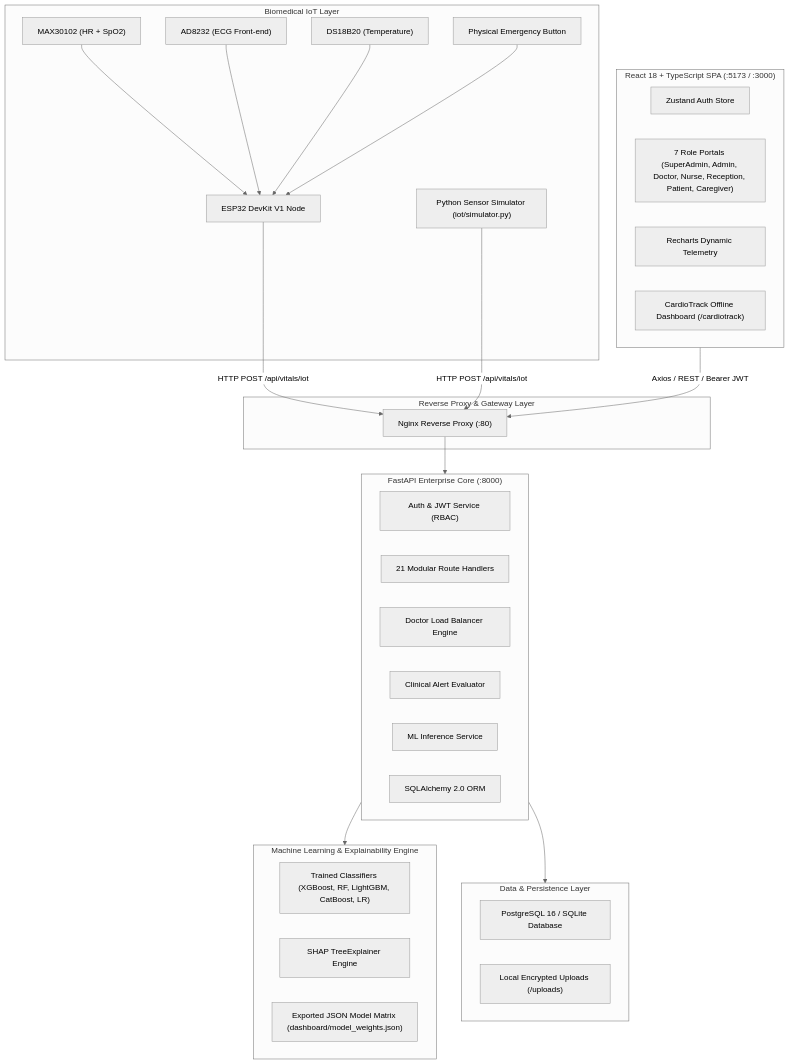
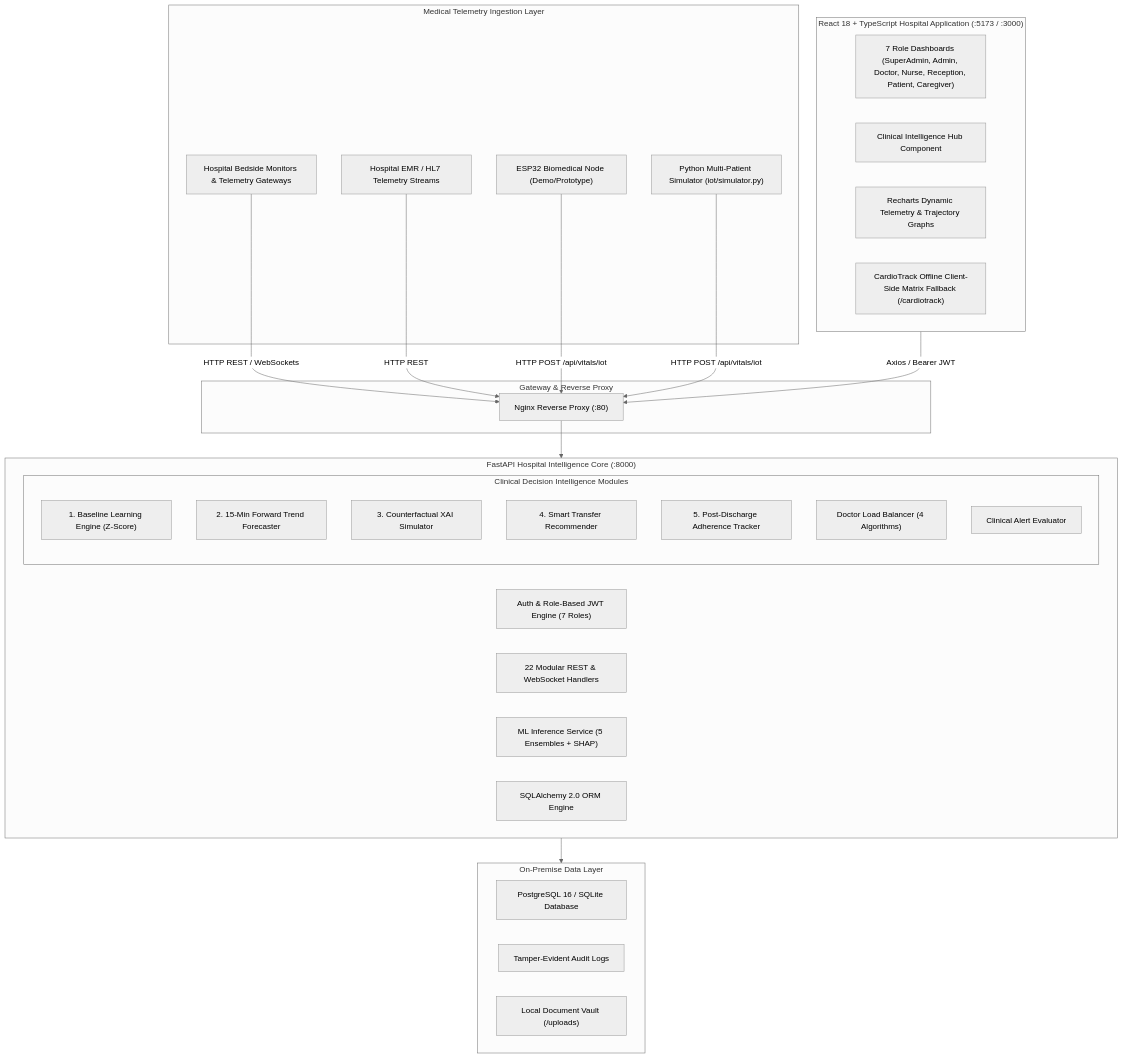
Before and after one commit to Karthickraja-m05/AI-Powered-Smart-Cardiac-Patient-Monitoring: the diagram in README.md, drawn with Mermaid (neutral theme). The commit also changed other lines of this file and 9 other files, not shown here.

````diff
--- a/README.md
+++ b/README.md
@@ -84,49 +131,52 @@
 ```mermaid
 flowchart TB
-    subgraph Edge_IoT["Biomedical IoT Layer"]
-        ESP32["ESP32 DevKit V1 Node"]
-        MAX["MAX30102 (HR + SpO2)"] --> ESP32
-        AD["AD8232 (ECG Front-end)"] --> ESP32
-        DS["DS18B20 (Temperature)"] --> ESP32
-        BTN["Physical Emergency Button"] --> ESP32
-        SIM["Python Sensor Simulator (iot/simulator.py)"]
+    subgraph Data_Ingestion["Medical Telemetry Ingestion Layer"]
+        HOSP["Hospital Bedside Monitors & Telemetry Gateways"]
+        EMR_FEED["Hospital EMR / HL7 Telemetry Streams"]
+        IOT_PROTO["ESP32 Biomedical Node (Demo/Prototype)"]
+        SIM["Python Multi-Patient Simulator (iot/simulator.py)"]
     end
 
-    subgraph Gateway_Proxy["Reverse Proxy & Gateway Layer"]
+    subgraph Gateway_Proxy["Gateway & Reverse Proxy"]
         NGINX["Nginx Reverse Proxy (:80)"]
     end
 
-    subgraph Backend_App["FastAPI Enterprise Core (:8000)"]
-        AUTH["Auth & JWT Service (RBAC)"]
-        ROUTERS["21 Modular Route Handlers"]
-        LB["Doctor Load Balancer Engine"]
-        ALERT_ENG["Clinical Alert Evaluator"]
-        ML_SERV["ML Inference Service"]
-        DB_ORM["SQLAlchemy 2.0 ORM"]
+    subgraph Backend_App["FastAPI Hospital Intelligence Core (:8000)"]
+        AUTH["Auth & Role-Based JWT Engine (7 Roles)"]
+        ROUTERS["22 Modular REST & WebSocket Handlers"]
+        
+        subgraph Intelligence_Engines["Clinical Decision Intelligence Modules"]
+            BASE_ENG["1. Baseline Learning Engine (Z-Score)"]
+            FC_ENG["2. 15-Min Forward Trend Forecaster"]
+            CF_ENG["3. Counterfactual XAI Simulator"]
+            XFER_ENG["4. Smart Transfer Recommender"]
+            DISC_ENG["5. Post-Discharge Adherence Tracker"]
+            LB_ENG["Doctor Load Balancer (4 Algorithms)"]
+            ALERT_ENG["Clinical Alert Evaluator"]
+        end
+        
+        ML_SERV["ML Inference Service (5 Ensembles + SHAP)"]
+        DB_ORM["SQLAlchemy 2.0 ORM Engine"]
     end
 
-    subgraph ML_Layer["Machine Learning & Explainability Engine"]
-        MODELS["Trained Classifiers (XGBoost, RF, LightGBM, CatBoost, LR)"]
-        SHAP_ENG["SHAP TreeExplainer Engine"]
-        WEIGHTS["Exported JSON Model Matrix (dashboard/model_weights.json)"]
+    subgraph Storage_Layer["On-Premise Data Layer"]
+        PG["PostgreSQL 16 / SQLite Database"]
+        AUDIT_STORE["Tamper-Evident Audit Logs"]
+        FILES["Local Document Vault (/uploads)"]
     end
 
-    subgraph Storage_Layer["Data & Persistence Layer"]
-        PG["PostgreSQL 16 / SQLite Database"]
-        FILES["Local Encrypted Uploads (/uploads)"]
+    subgraph Frontend_App["React 18 + TypeScript Hospital Application (:5173 / :3000)"]
+        PORTALS["7 Role Dashboards (SuperAdmin, Admin, Doctor, Nurse, Reception, Patient, Caregiver)"]
+        INTEL_HUB["Clinical Intelligence Hub Component"]
+        CHARTS["Recharts Dynamic Telemetry & Trajectory Graphs"]
+        OFFLINE["CardioTrack Offline Client-Side Matrix Fallback (/cardiotrack)"]
     end
 
-    subgraph Frontend_App["React 18 + TypeScript SPA (:5173 / :3000)"]
-        ZUSTAND["Zustand Auth Store"]
-        PORTALS["7 Role Portals (SuperAdmin, Admin, Doctor, Nurse, Reception, Patient, Caregiver)"]
-        CHARTS["Recharts Dynamic Telemetry"]
-        OFFLINE["CardioTrack Offline Dashboard (/cardiotrack)"]
-    end
-
-    ESP32 -- "HTTP POST /api/vitals/iot" --> NGINX
+    HOSP -- "HTTP REST / WebSockets" --> NGINX
+    EMR_FEED -- "HTTP REST" --> NGINX
+    IOT_PROTO -- "HTTP POST /api/vitals/iot" --> NGINX
     SIM -- "HTTP POST /api/vitals/iot" --> NGINX
     NGINX --> Backend_App
-    Backend_App --> ML_Layer
     Backend_App --> Storage_Layer
-    Frontend_App -- "Axios / REST / Bearer JWT" --> NGINX
+    Frontend_App -- "Axios / Bearer JWT" --> NGINX
 ```
````
